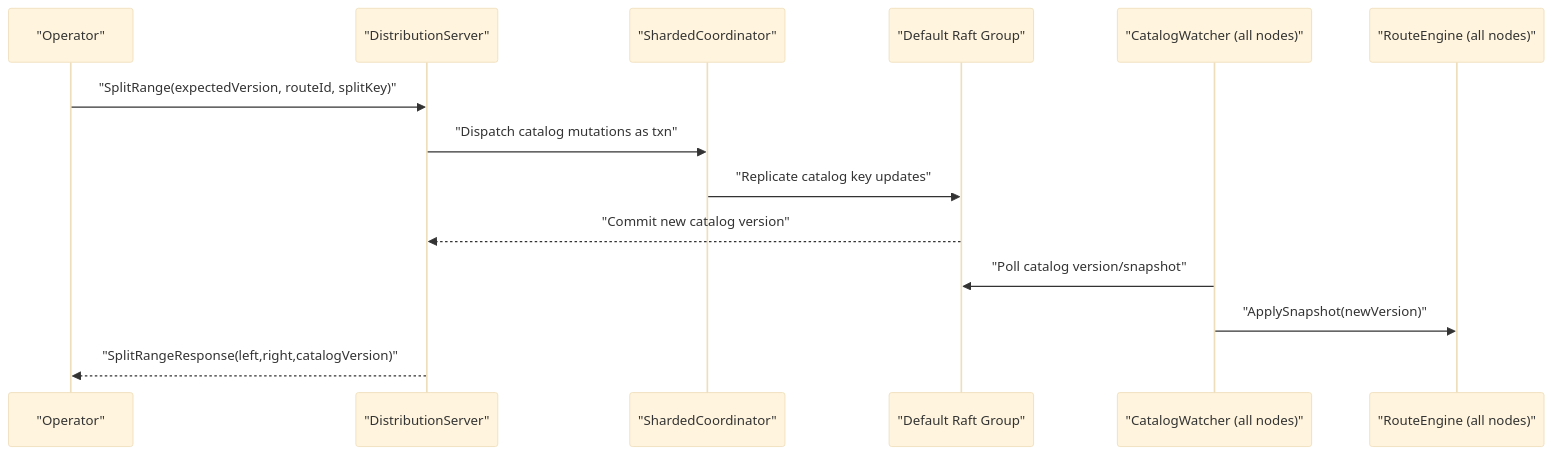
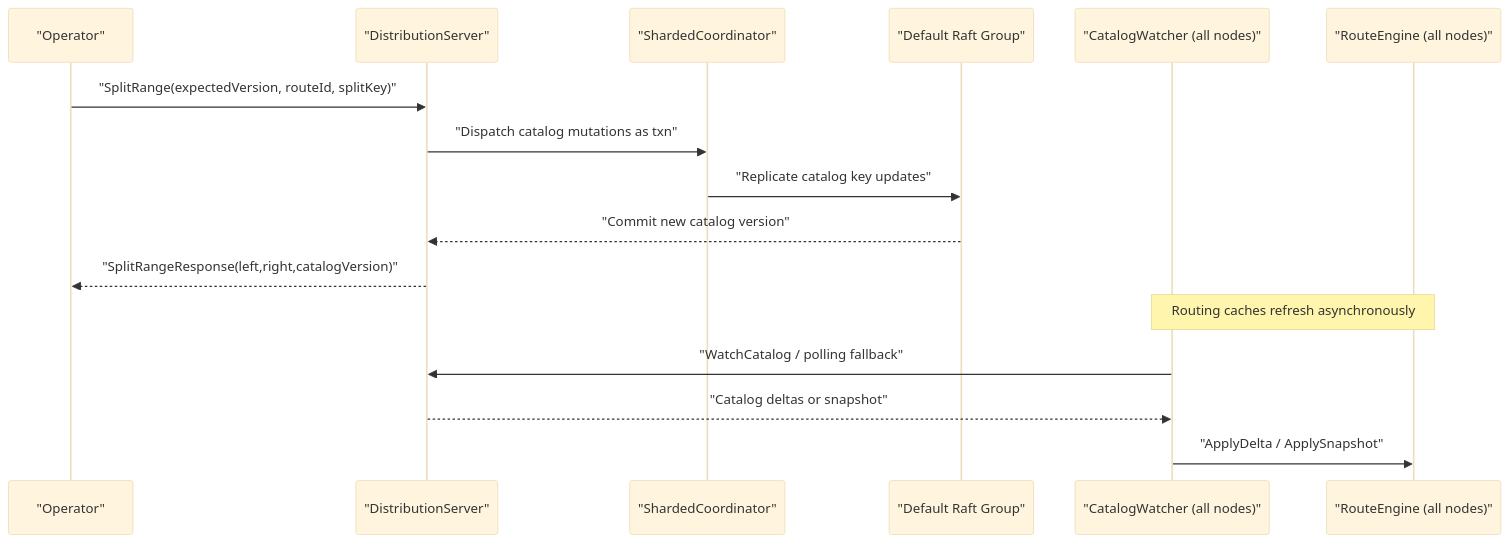
The third of 4 diagrams in docs/architecture_overview.md (bootjp/elastickv), drawn with Mermaid (base theme) before and after one commit. The commit also changed other lines of this file and 2 other files, not shown here.

````diff
--- a/docs/architecture_overview.md
+++ b/docs/architecture_overview.md
@@ -149,17 +176,19 @@
 ```mermaid
 sequenceDiagram
   participant Op as "Operator"
   participant DS as "DistributionServer"
   participant SC as "ShardedCoordinator"
   participant DG as "Default Raft Group"
   participant CW as "CatalogWatcher (all nodes)"
   participant DE as "RouteEngine (all nodes)"
 
   Op->>DS: "SplitRange(expectedVersion, routeId, splitKey)"
   DS->>SC: "Dispatch catalog mutations as txn"
   SC->>DG: "Replicate catalog key updates"
   DG-->>DS: "Commit new catalog version"
-  CW->>DG: "Poll catalog version/snapshot"
-  CW->>DE: "ApplySnapshot(newVersion)"
   DS-->>Op: "SplitRangeResponse(left,right,catalogVersion)"
+  Note over CW,DE: Routing caches refresh asynchronously
+  CW->>DS: "WatchCatalog / polling fallback"
+  DS-->>CW: "Catalog deltas or snapshot"
+  CW->>DE: "ApplyDelta / ApplySnapshot"
 ```
````
